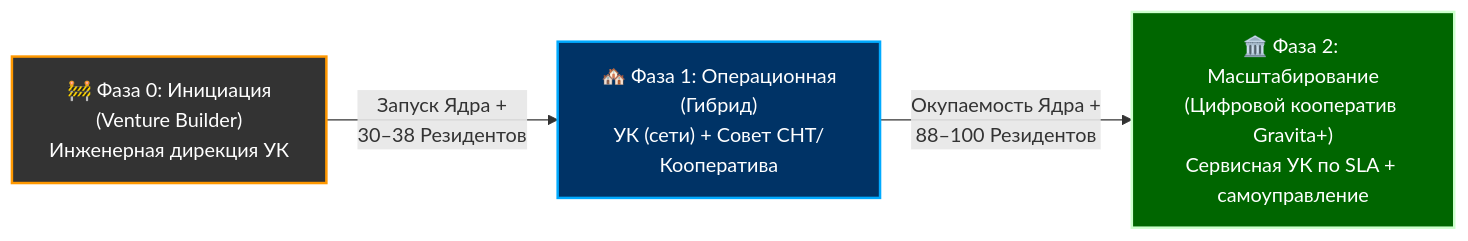
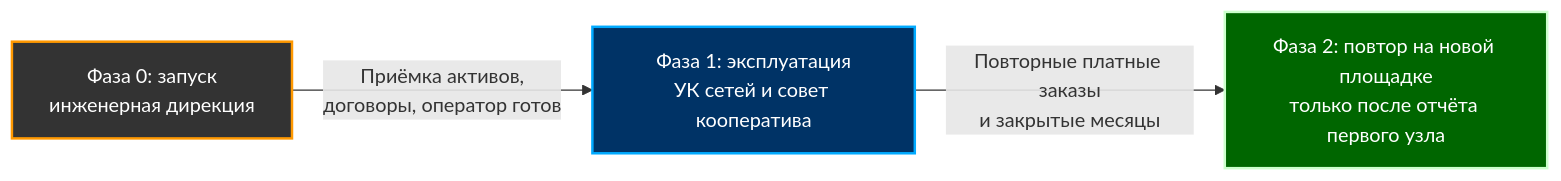
The first of 2 diagrams in ТЭО_Родовое_Поместье_Кейс/ТЭО_Родовое_Поместье_Раздел_9_Организационная_структура.md (NeuroLoft/NEURO-ESTATE), drawn with Mermaid before and after one commit. The commit also changed other lines of this file and 21 other files, not shown here.

````diff
--- a/ТЭО_Родовое_Поместье_Кейс/ТЭО_Родовое_Поместье_Раздел_9_Организационная_структура.md
+++ b/ТЭО_Родовое_Поместье_Кейс/ТЭО_Родовое_Поместье_Раздел_9_Организационная_структура.md
@@ -19,9 +19,9 @@
 ```mermaid
 flowchart LR
-    F0["🚧 Фаза 0: Инициация\n(Venture Builder)\nИнженерная дирекция УК"] -->|"Запуск Ядра +\n30–38 Резидентов"| F1["🏘️ Фаза 1: Операционная\n(Гибрид)\nУК (сети) + Совет СНТ/Кооператива"]
-    F1 -->|"Окупаемость Ядра +\n88–100 Резидентов"| F2["🏛️ Фаза 2: Масштабирование\n(Цифровой кооператив Gravita+)\nСервисная УК по SLA + самоуправление"]
+    F0["Фаза 0: запуск\nинженерная дирекция"] -->|"Приёмка активов,\nдоговоры, оператор готов"| F1["Фаза 1: эксплуатация\nУК сетей и совет кооператива"]
+    F1 -->|"Повторные платные заказы\nи закрытые месяцы"| F2["Фаза 2: повтор на новой площадке\nтолько после отчёта первого узла"]
 
  style F0 fill:#333333,color:#fff,stroke:#ff9800,stroke-width:2px
  style F1 fill:#003366,color:#fff,stroke:#00aaff,stroke-width:2px
  style F2 fill:#006600,color:#fff,stroke:#ccffcc,stroke-width:2px
 ```
````
